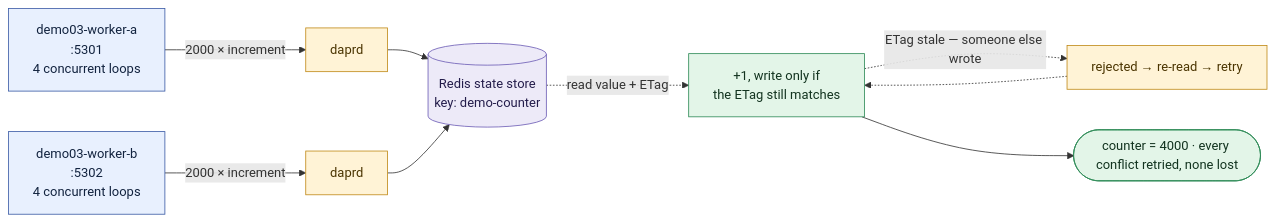
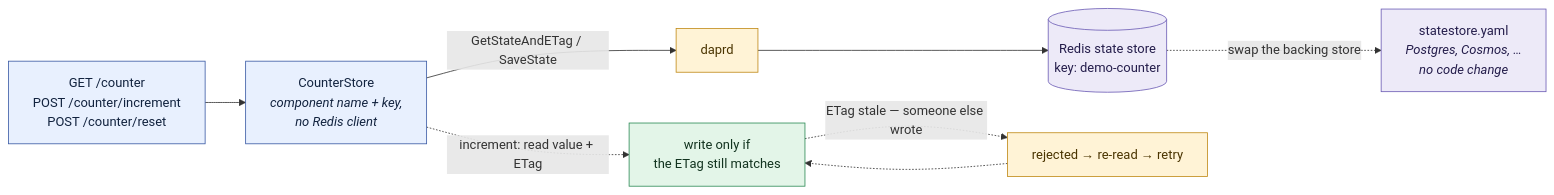
The third of 4 diagrams in docs/diagrams.md (LRozeboom/DaprDemo), drawn with Mermaid before and after one commit. The commit also changed other lines of this file and 15 other files, not shown here.

Commit message:
Chore: simplify demo3 to only one worker

````diff
--- a/docs/diagrams.md
+++ b/docs/diagrams.md
@@ -73,23 +73,21 @@
 ```mermaid
 flowchart LR
-    A["demo03-worker-a<br/>:5301<br/>4 concurrent loops"]:::app
-    B["demo03-worker-b<br/>:5302<br/>4 concurrent loops"]:::app
-    DA["daprd"]:::car
-    DB["daprd"]:::car
+    C["GET /counter<br/>POST /counter/increment<br/>POST /counter/reset"]:::app
+    S["CounterStore<br/><i>component name + key,<br/>no Redis client</i>"]:::app
+    D["daprd"]:::car
     K[("Redis state store<br/>key: demo-counter")]:::ext
 
-    A -->|"2000 × increment"| DA --> K
-    B -->|"2000 × increment"| DB --> K
+    C --> S -->|"GetStateAndETag / SaveState"| D --> K
 
-    K -.->|"read value + ETag"| RMW["+1, write only if<br/>the ETag still matches"]:::good
+    S -.->|"increment: read value + ETag"| RMW["write only if<br/>the ETag still matches"]:::good
     RMW -.->|"ETag stale — someone else wrote"| RETRY["rejected → re-read → retry"]:::warn
     RETRY -.-> RMW
 
-    RMW --> R(["counter = 4000 · every conflict retried, none lost"]):::good
+    K -.->|"swap the backing store"| Y["statestore.yaml<br/><i>Postgres, Cosmos, …<br/>no code change</i>"]:::ext
 
     classDef app fill:#E8F0FE,stroke:#3B5BA5,color:#12233F
     classDef car fill:#FFF3D6,stroke:#C08A18,color:#4A3400
     classDef ext fill:#EDEAF8,stroke:#6C5CB5,color:#241D4B
     classDef good fill:#E3F5E8,stroke:#2E8B57,color:#12331F
     classDef warn fill:#FFF3D6,stroke:#C08A18,color:#4A3400
 ```
````
